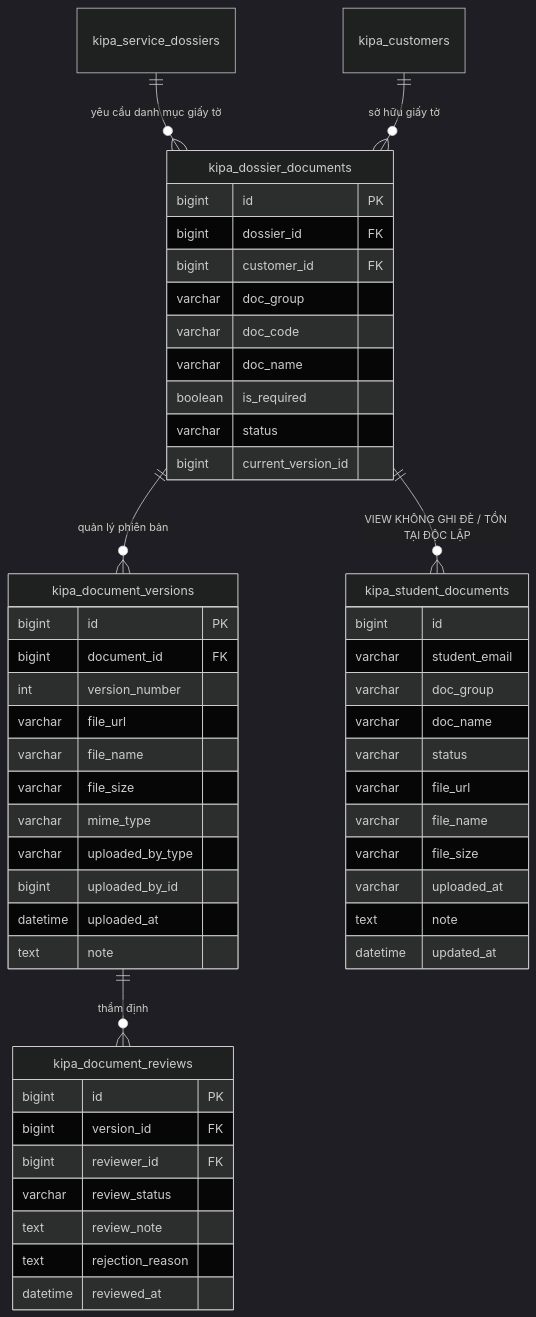
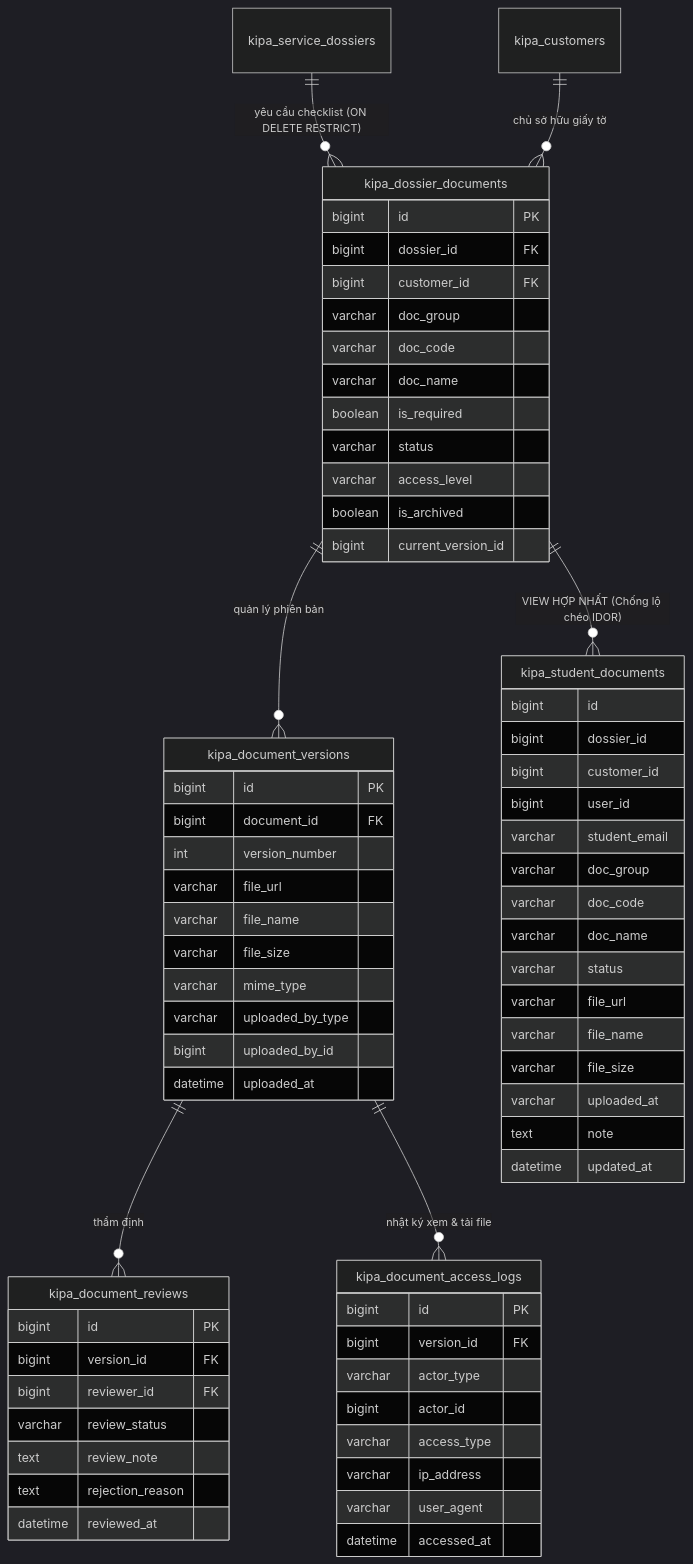
The sixth of 6 diagrams in DATABASE_RELATIONSHIP_MAP.md (sugar4120/Web-KIPA), drawn with Mermaid (dark theme) before and after one commit. The commit also changed other lines of this file and 9 other files, not shown here.

````diff
--- a/DATABASE_RELATIONSHIP_MAP.md
+++ b/DATABASE_RELATIONSHIP_MAP.md
@@ -265,59 +396,76 @@
 ```mermaid
 erDiagram
-    kipa_service_dossiers ||--o{ kipa_dossier_documents : "yêu cầu danh mục giấy tờ"
-    kipa_customers ||--o{ kipa_dossier_documents : "sở hữu giấy tờ"
+    kipa_service_dossiers ||--o{ kipa_dossier_documents : "yêu cầu checklist (ON DELETE RESTRICT)"
+    kipa_customers ||--o{ kipa_dossier_documents : "chủ sở hữu giấy tờ"
 
     kipa_dossier_documents {
         bigint id PK
         bigint dossier_id FK
         bigint customer_id FK
         varchar doc_group
         varchar doc_code
         varchar doc_name
         boolean is_required
         varchar status
+        varchar access_level
+        boolean is_archived
         bigint current_version_id
     }
 
     kipa_document_versions {
         bigint id PK
         bigint document_id FK
         int version_number
         varchar file_url
         varchar file_name
         varchar file_size
         varchar mime_type
         varchar uploaded_by_type
         bigint uploaded_by_id
         datetime uploaded_at
-        text note
     }
 
     kipa_document_reviews {
         bigint id PK
         bigint version_id FK
         bigint reviewer_id FK
         varchar review_status
         text review_note
         text rejection_reason
         datetime reviewed_at
     }
 
+    kipa_document_access_logs {
+        bigint id PK
+        bigint version_id FK
+        varchar actor_type
+        bigint actor_id
+        varchar access_type
+        varchar ip_address
+        varchar user_agent
+        datetime accessed_at
+    }
+
     kipa_student_documents {
         bigint id
+        bigint dossier_id
+        bigint customer_id
+        bigint user_id
         varchar student_email
         varchar doc_group
+        varchar doc_code
         varchar doc_name
         varchar status
         varchar file_url
         varchar file_name
         varchar file_size
         varchar uploaded_at
         text note
         datetime updated_at
     }
 
     kipa_dossier_documents ||--o{ kipa_document_versions : "quản lý phiên bản"
     kipa_document_versions ||--o{ kipa_document_reviews : "thẩm định"
-    kipa_dossier_documents ||--o{ kipa_student_documents : "VIEW KHÔNG GHI ĐÈ / TỒN TẠI ĐỘC LẬP"
+    kipa_document_versions ||--o{ kipa_document_access_logs : "nhật ký xem & tải file"
+    kipa_dossier_documents ||--o{ kipa_student_documents : "VIEW HỢP NHẤT (Chống lộ chéo IDOR)"
 ```
````
